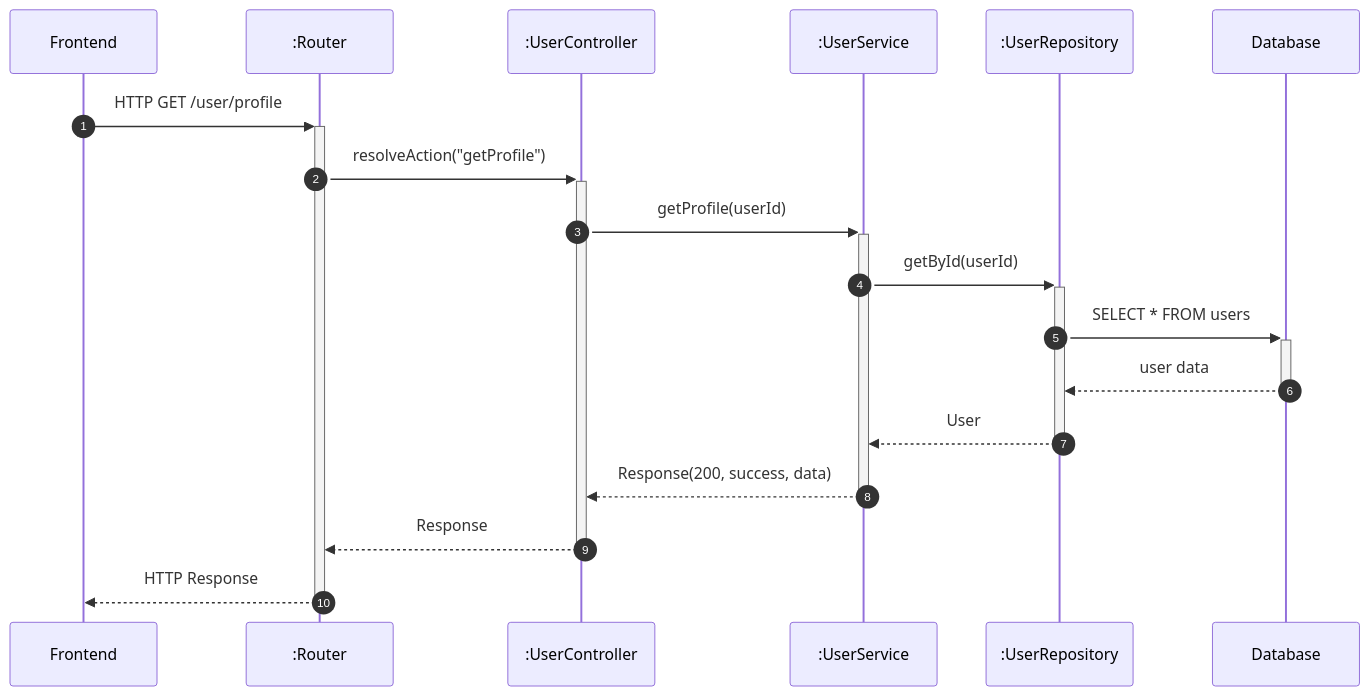
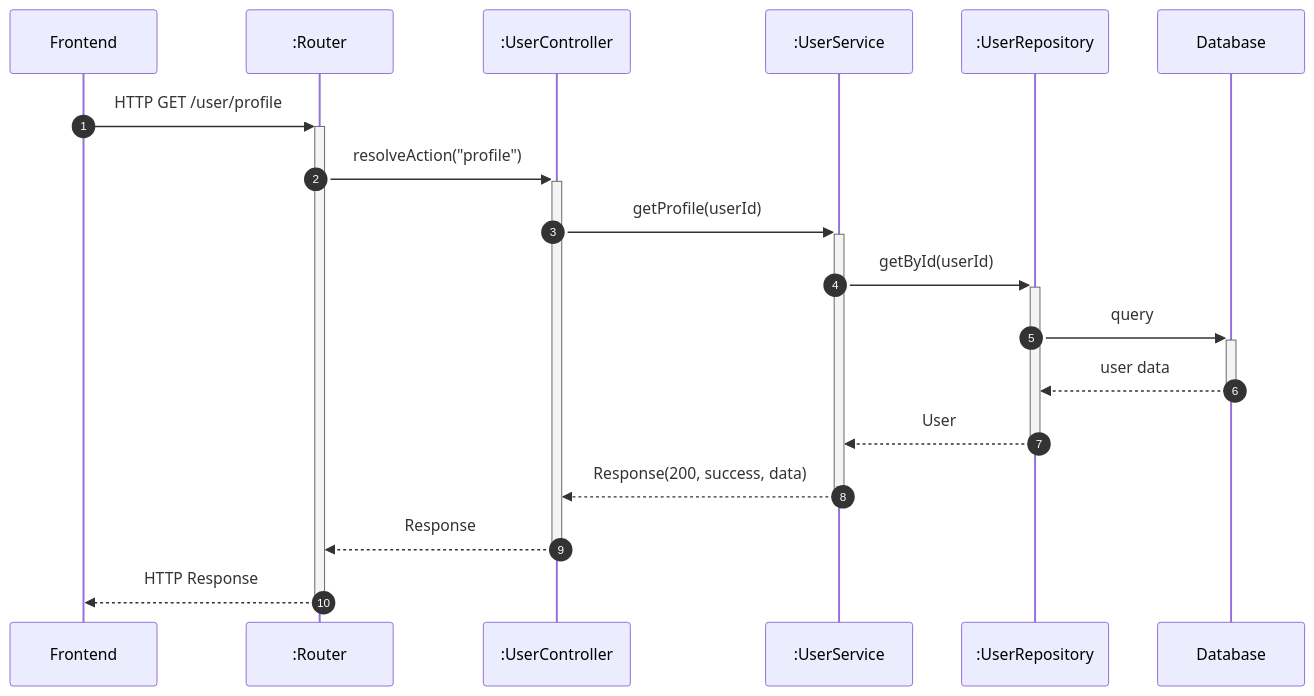
One commit to mb4dev/progetto-prova changed the seventh of 7 diagrams in documentazione_v2/UC02.md. Above: the diagram before and after it, drawn with Mermaid. The commit also changed other lines of this file and 4 other files, not shown here.

````diff
--- a/documentazione_v2/UC02.md
+++ b/documentazione_v2/UC02.md
@@ -166,23 +185,23 @@
 ``` mermaid
 sequenceDiagram
 
 autonumber
 
 participant frontend as Frontend
 participant router as :Router
 participant controller as :UserController
 participant service as :UserService
 participant repository as :UserRepository
 participant db as Database
 
 frontend ->>+ router: HTTP GET /user/profile
-router ->>+ controller: resolveAction("getProfile")
+router ->>+ controller: resolveAction("profile")
 controller ->>+ service: getProfile(userId)
 service ->>+ repository: getById(userId)
-repository ->>+ db: SELECT * FROM users
+repository ->>+ db: query
 db -->>- repository: user data
 repository -->>- service: User
 service -->>- controller: Response(200, success, data)
 controller -->>- router: Response
 router -->>- frontend: HTTP Response
 ```
````
